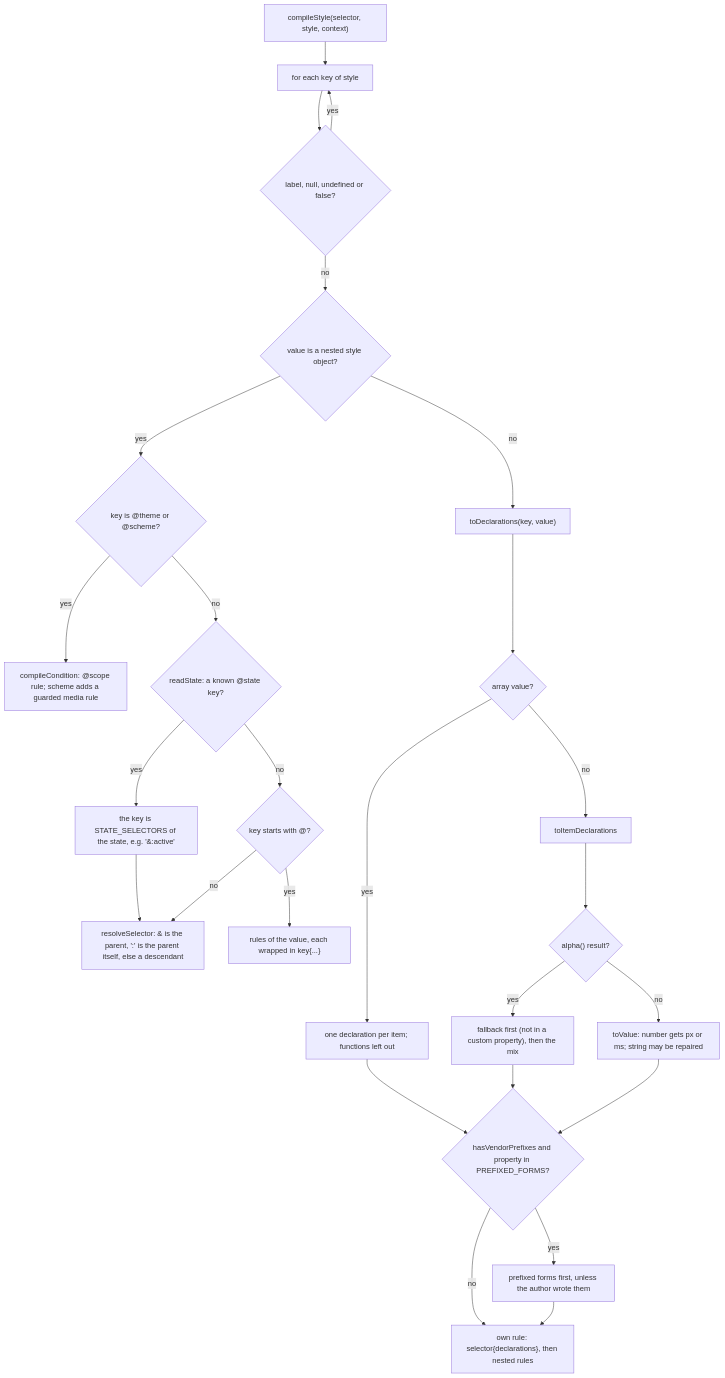
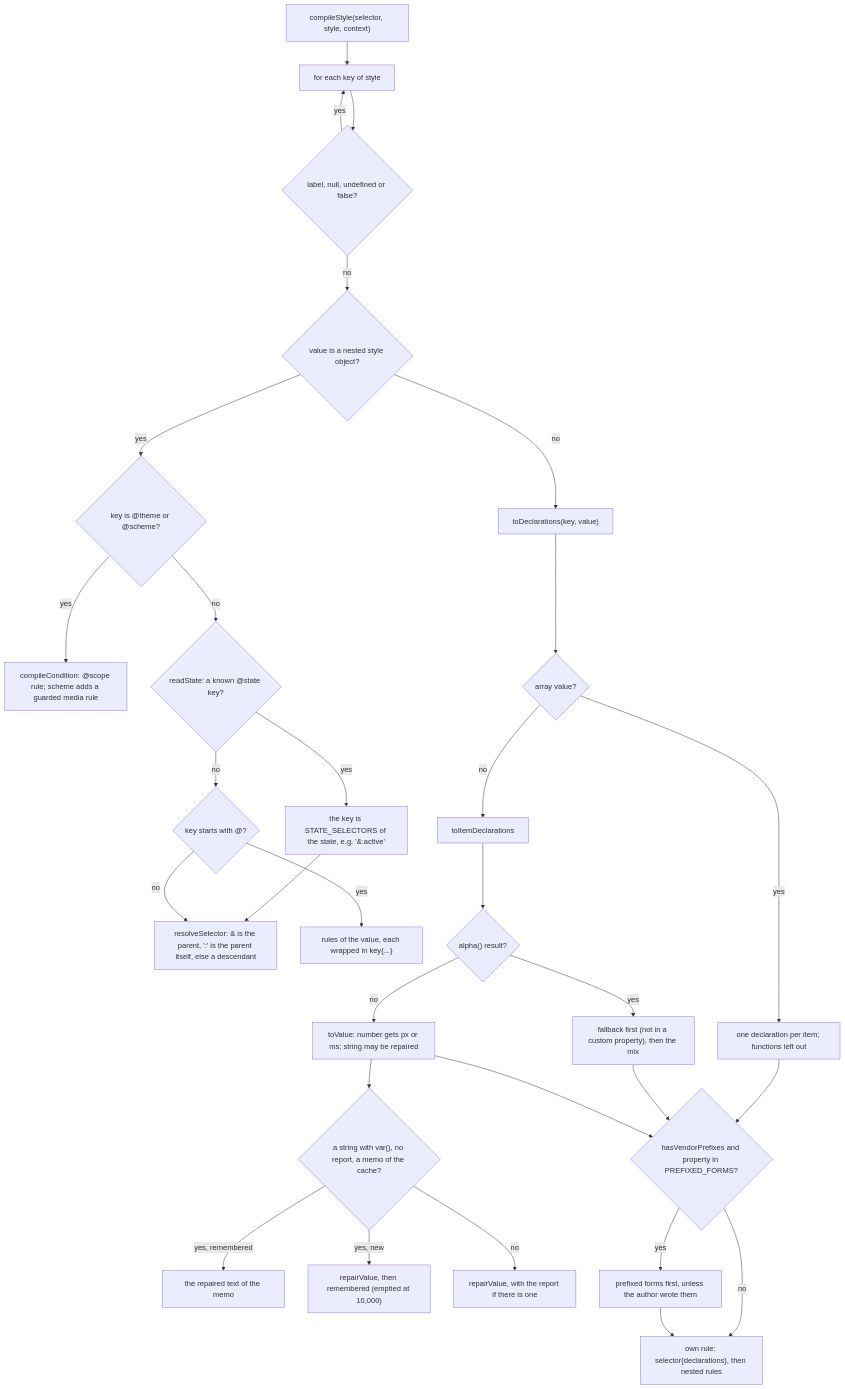
The diagram in packages/core/src/serialize.md (soroush-tech/umber-style), drawn with Mermaid before and after one commit. The commit also changed other lines of this file and 67 other files, not shown here.

Commit message:
feat: a page of server components keeps its styles under a strict nonce policy on Next.js, from a source or a fixed nonce, and a warm render does not redo the value repair and style elements of classes it has - close #66, close #68

````diff
--- a/packages/core/src/serialize.md
+++ b/packages/core/src/serialize.md
@@ -24,28 +24,32 @@
 ```mermaid
 flowchart TD
   start["compileStyle(selector, style, context)"] --> each["for each key of style"]
   each --> skip{"label, null, undefined or false?"}
   skip -->|yes| each
   skip -->|no| obj{"value is a nested style object?"}
   obj -->|yes| cond{"key is @theme or @scheme?"}
   cond -->|yes| scoped["compileCondition: @scope rule; scheme adds a guarded media rule"]
   cond -->|no| state{"readState: a known @state key?"}
   state -->|yes| swap["the key is STATE_SELECTORS of the state, e.g. '&:active'"]
   state -->|no| at{"key starts with @?"}
   swap --> sel
   at -->|yes| wrap["rules of the value, each wrapped in key{...}"]
   at -->|no| sel["resolveSelector: & is the parent, ':' is the parent itself, else a descendant"]
   obj -->|no| decl["toDeclarations(key, value)"]
   decl --> list{"array value?"}
   list -->|yes| items["one declaration per item; functions left out"]
   list -->|no| item["toItemDeclarations"]
   item --> alpha{"alpha() result?"}
   alpha -->|yes| fb["fallback first (not in a custom property), then the mix"]
   alpha -->|no| val["toValue: number gets px or ms; string may be repaired"]
+  val --> seen{"a string with var(), no report, a memo of the cache?"}
+  seen -->|yes, remembered| said["the repaired text of the memo"]
+  seen -->|yes, new| mend["repairValue, then remembered (emptied at 10,000)"]
+  seen -->|no| mendtold["repairValue, with the report if there is one"]
   items --> pre{"hasVendorPrefixes and property in PREFIXED_FORMS?"}
   fb --> pre
   val --> pre
   pre -->|yes| pf["prefixed forms first, unless the author wrote them"]
   pre -->|no| out
   pf --> out["own rule: selector{declarations}, then nested rules"]
 ```
````
